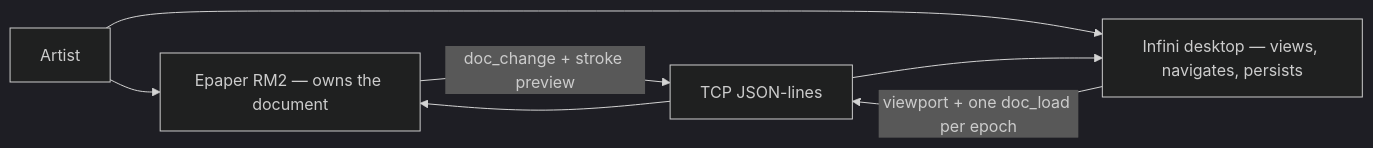
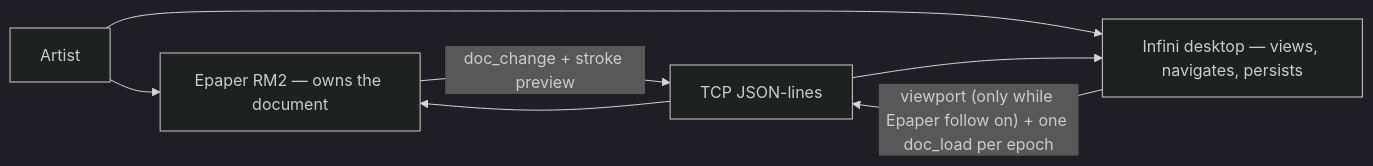
The first of 2 diagrams in .docs/modules/infini/architecture.md (hoaidv/reawa), drawn with Mermaid (dark theme) before and after one commit. The commit also changed other lines of this file and 193 other files, not shown here.

````diff
--- a/.docs/modules/infini/architecture.md
+++ b/.docs/modules/infini/architecture.md
@@ -70,9 +71,9 @@
 ```mermaid
 flowchart LR
   artist["Artist"] --> epaper["Epaper RM2 — owns the document"]
   artist --> infini["Infini desktop — views, navigates, persists"]
   epaper -->|"doc_change + stroke preview"| session["TCP JSON-lines"]
-  infini -->|"viewport + one doc_load per epoch"| session
+  infini -->|"viewport (only while Epaper follow on) + one doc_load per epoch"| session
   session --> epaper
   session --> infini
 ```
````
